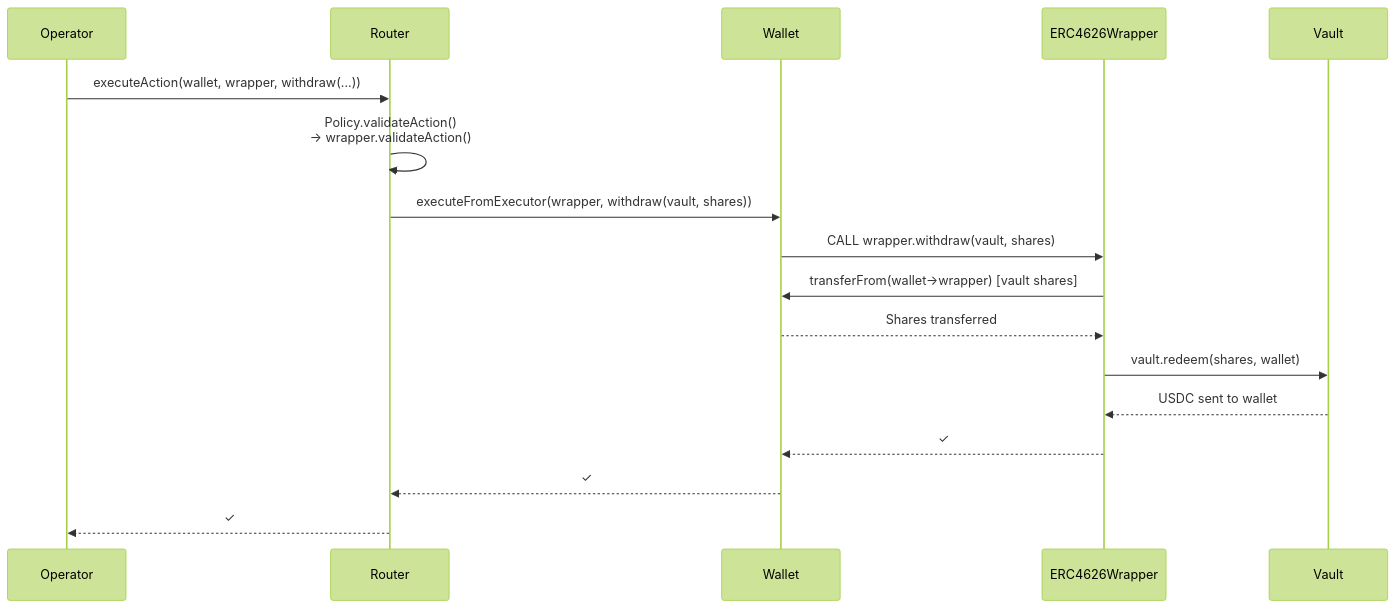
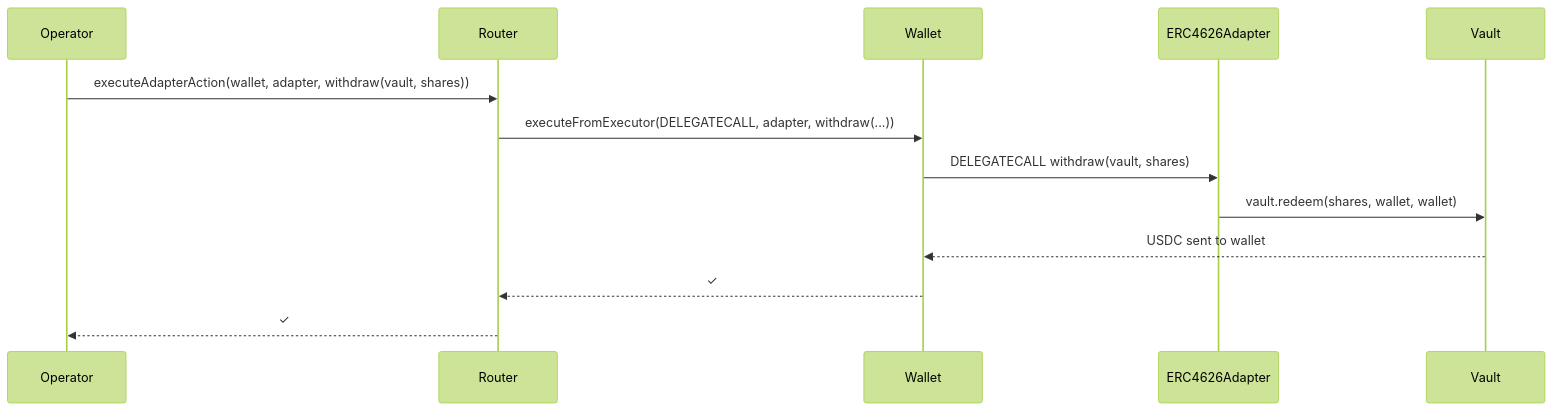
The eighth of 8 diagrams in blockchain3/README.md (tokenpage/yieldseeker-contracts), drawn with Mermaid (forest theme) before and after one commit. The commit also changed other lines of this file and 39 other files, not shown here.

````diff
--- a/blockchain3/README.md
+++ b/blockchain3/README.md
@@ -529,20 +512,16 @@
 ```mermaid
 sequenceDiagram
     participant Op as Operator
     participant Router
     participant Wallet
-    participant Wrapper as ERC4626Wrapper
+    participant Adapter as ERC4626Adapter
     participant Vault
 
-    Op->>Router: executeAction(wallet, wrapper, withdraw(...))
-    Router->>Router: Policy.validateAction()<br/>→ wrapper.validateAction()
-    Router->>Wallet: executeFromExecutor(wrapper, withdraw(vault, shares))
-    Wallet->>Wrapper: CALL wrapper.withdraw(vault, shares)
-    Wrapper->>Wallet: transferFrom(wallet→wrapper) [vault shares]
-    Wallet-->>Wrapper: Shares transferred
-    Wrapper->>Vault: vault.redeem(shares, wallet)
-    Vault-->>Wrapper: USDC sent to wallet
-    Wrapper-->>Wallet: ✓
+    Op->>Router: executeAdapterAction(wallet, adapter, withdraw(vault, shares))
+    Router->>Wallet: executeFromExecutor(DELEGATECALL, adapter, withdraw(...))
+    Wallet->>Adapter: DELEGATECALL withdraw(vault, shares)
+    Adapter->>Vault: vault.redeem(shares, wallet, wallet)
+    Vault-->>Wallet: USDC sent to wallet
     Wallet-->>Router: ✓
     Router-->>Op: ✓
 ```
````
